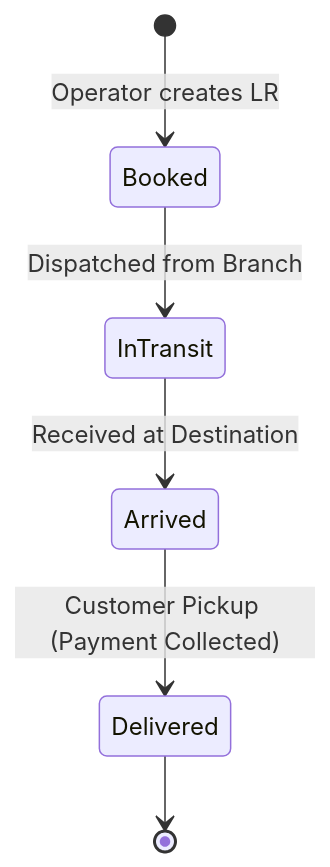
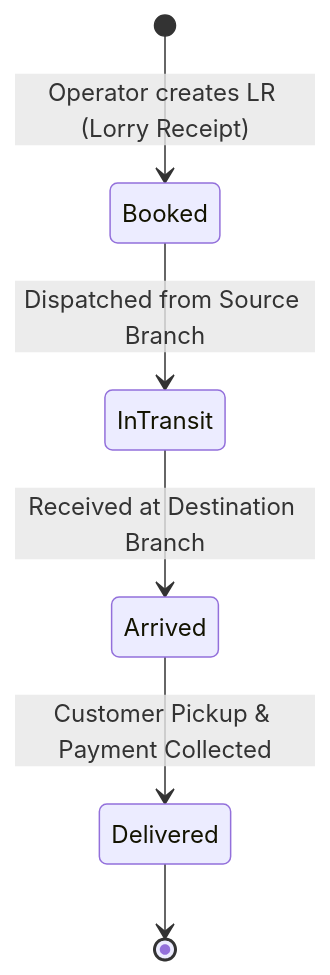
One commit to visubhai/HackDevengers changed the second of 2 diagrams in README.md. Above: the diagram before and after it, drawn with Mermaid. The commit also changed other lines of this file, not shown here.

````diff
--- a/README.md
+++ b/README.md
@@ -31,8 +37,8 @@
 ```mermaid
 stateDiagram-v2
-    [*] --> Booked: Operator creates LR
-    Booked --> InTransit: Dispatched from Branch
-    InTransit --> Arrived: Received at Destination
-    Arrived --> Delivered: Customer Pickup (Payment Collected)
+    [*] --> Booked: Operator creates LR (Lorry Receipt)
+    Booked --> InTransit: Dispatched from Source Branch
+    InTransit --> Arrived: Received at Destination Branch
+    Arrived --> Delivered: Customer Pickup & Payment Collected
     Delivered --> [*]
 ```
````
